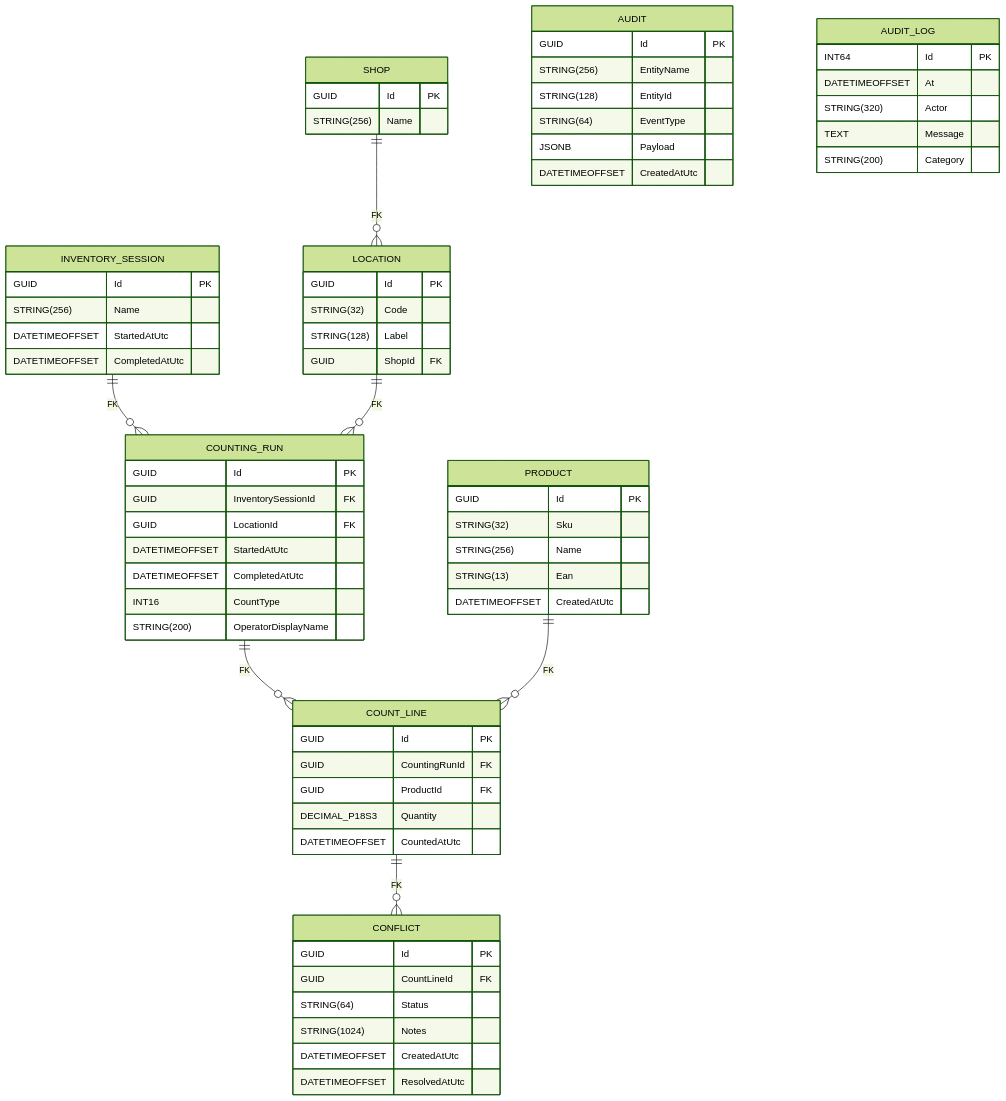
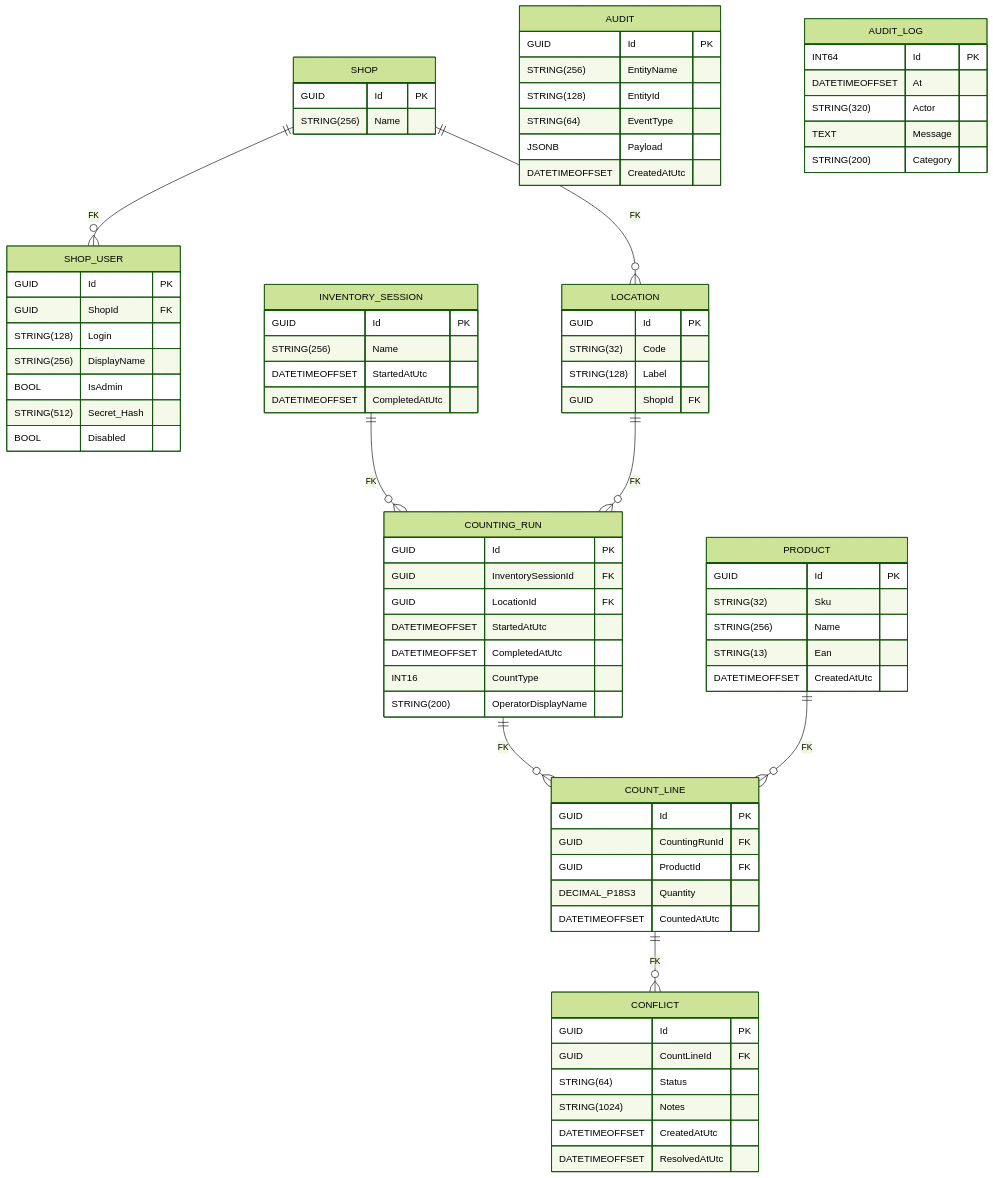
The second of 2 diagrams in docs/database/README.md (TSF-IT/CineBoutique-Inventaire), drawn with Mermaid (forest theme) before and after one commit. The commit also changed other lines of this file and 9 other files, not shown here.

````diff
--- a/docs/database/README.md
+++ b/docs/database/README.md
@@ -28,72 +30,82 @@
 ```mermaid
 erDiagram
     SHOP {
         GUID Id PK
         STRING(256) Name
+    }
+    SHOP_USER {
+        GUID Id PK
+        GUID ShopId FK
+        STRING(128) Login
+        STRING(256) DisplayName
+        BOOL IsAdmin
+        STRING(512) Secret_Hash
+        BOOL Disabled
     }
     PRODUCT {
         GUID Id PK
         STRING(32) Sku
         STRING(256) Name
         STRING(13) Ean
         DATETIMEOFFSET CreatedAtUtc
     }
     LOCATION {
         GUID Id PK
         STRING(32) Code
         STRING(128) Label
         GUID ShopId FK
     }
     INVENTORY_SESSION {
         GUID Id PK
         STRING(256) Name
         DATETIMEOFFSET StartedAtUtc
         DATETIMEOFFSET CompletedAtUtc
     }
     COUNTING_RUN {
         GUID Id PK
         GUID InventorySessionId FK
         GUID LocationId FK
         DATETIMEOFFSET StartedAtUtc
         DATETIMEOFFSET CompletedAtUtc
         INT16 CountType
         STRING(200) OperatorDisplayName
     }
     COUNT_LINE {
         GUID Id PK
         GUID CountingRunId FK
         GUID ProductId FK
         DECIMAL_P18S3 Quantity
         DATETIMEOFFSET CountedAtUtc
     }
     CONFLICT {
         GUID Id PK
         GUID CountLineId FK
         STRING(64) Status
         STRING(1024) Notes
         DATETIMEOFFSET CreatedAtUtc
         DATETIMEOFFSET ResolvedAtUtc
     }
     AUDIT {
         GUID Id PK
         STRING(256) EntityName
         STRING(128) EntityId
         STRING(64) EventType
         JSONB Payload
         DATETIMEOFFSET CreatedAtUtc
     }
     AUDIT_LOG {
         INT64 Id PK
         DATETIMEOFFSET At
         STRING(320) Actor
         TEXT Message
         STRING(200) Category
     }
 
     SHOP ||--o{ LOCATION : "FK"
     INVENTORY_SESSION ||--o{ COUNTING_RUN : "FK"
     LOCATION ||--o{ COUNTING_RUN : "FK"
     COUNTING_RUN ||--o{ COUNT_LINE : "FK"
     PRODUCT ||--o{ COUNT_LINE : "FK"
     COUNT_LINE ||--o{ CONFLICT : "FK"
+    SHOP ||--o{ SHOP_USER : "FK"
 ```
````
